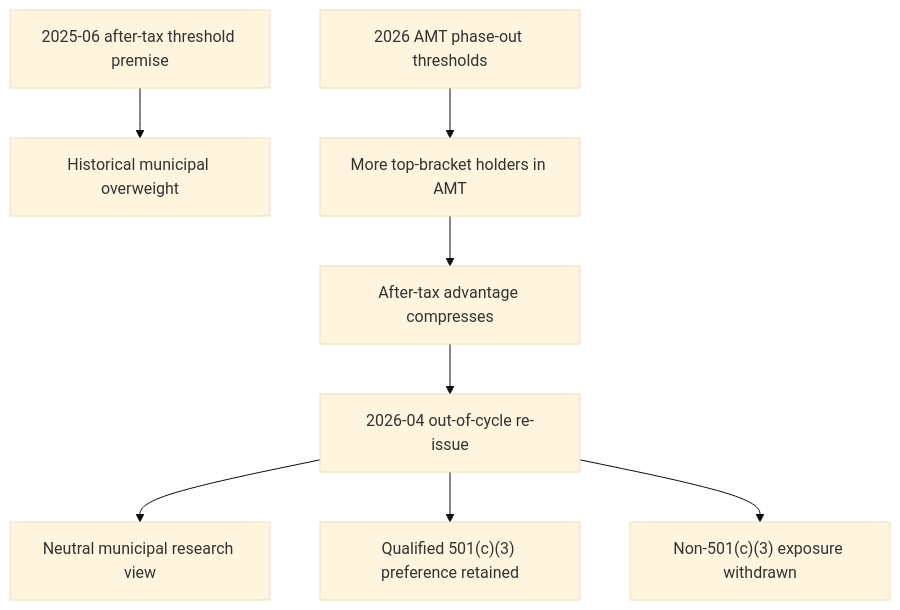
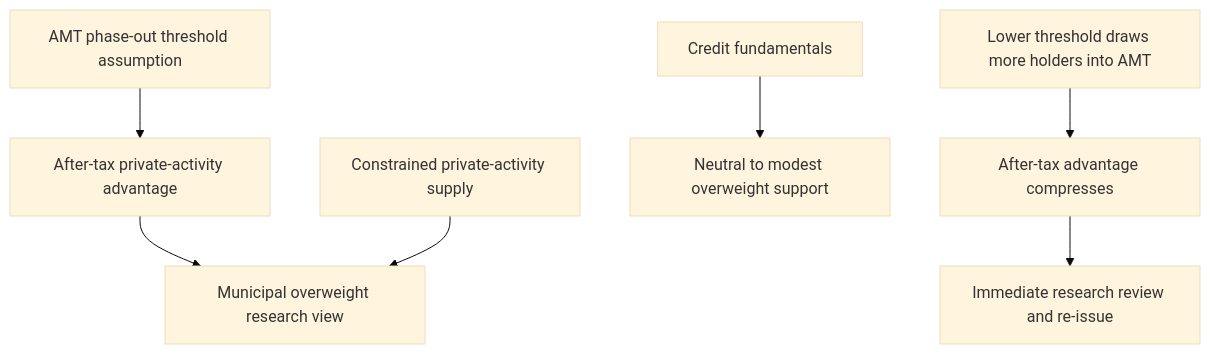
Before and after one commit to xuro-langchain/wealth-research-corpus: the diagram in openwiki/research/fixed-income/municipal-credit-and-ig-funding.md, drawn with Mermaid (base theme). The commit also changed other lines of this file and 43 other files, not shown here.

````diff
--- a/openwiki/research/fixed-income/municipal-credit-and-ig-funding.md
+++ b/openwiki/research/fixed-income/municipal-credit-and-ig-funding.md
@@ -41,10 +35,9 @@
 ```mermaid
 flowchart TD
-    Prior["2025-06 after-tax threshold premise"] --> Overweight["Historical municipal overweight"]
-    Thresholds["2026 AMT phase-out thresholds"] --> AMT["More top-bracket holders in AMT"]
-    AMT --> Compression["After-tax advantage compresses"]
-    Compression --> Reissue["2026-04 out-of-cycle re-issue"]
-    Reissue --> Neutral["Neutral municipal research view"]
-    Reissue --> Qualified["Qualified 501(c)(3) preference retained"]
-    Reissue --> Withdraw["Non-501(c)(3) exposure withdrawn"]
+    Threshold["AMT phase-out threshold assumption"] --> TaxCase["After-tax private-activity advantage"]
+    TaxCase --> Overweight["Municipal overweight research view"]
+    Supply["Constrained private-activity supply"] --> Overweight
+    Fundamentals["Credit fundamentals"] --> Modest["Neutral to modest overweight support"]
+    LowerThreshold["Lower threshold draws more holders into AMT"] --> Compression["After-tax advantage compresses"]
+    Compression --> Review["Immediate research review and re-issue"]
 ```
````
